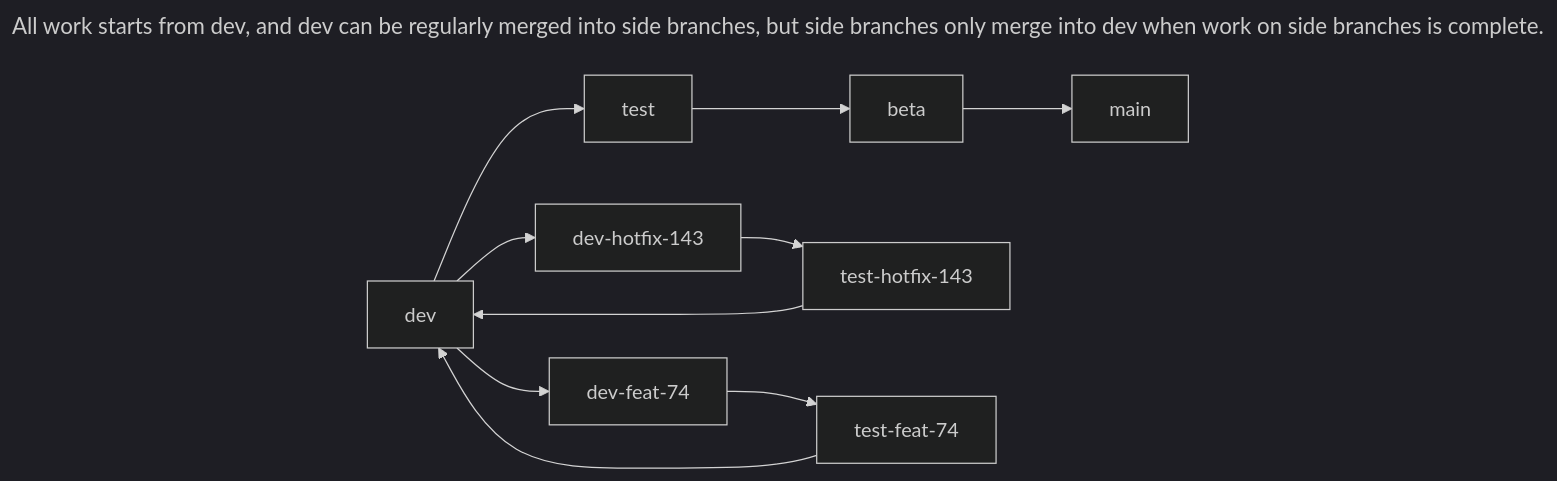
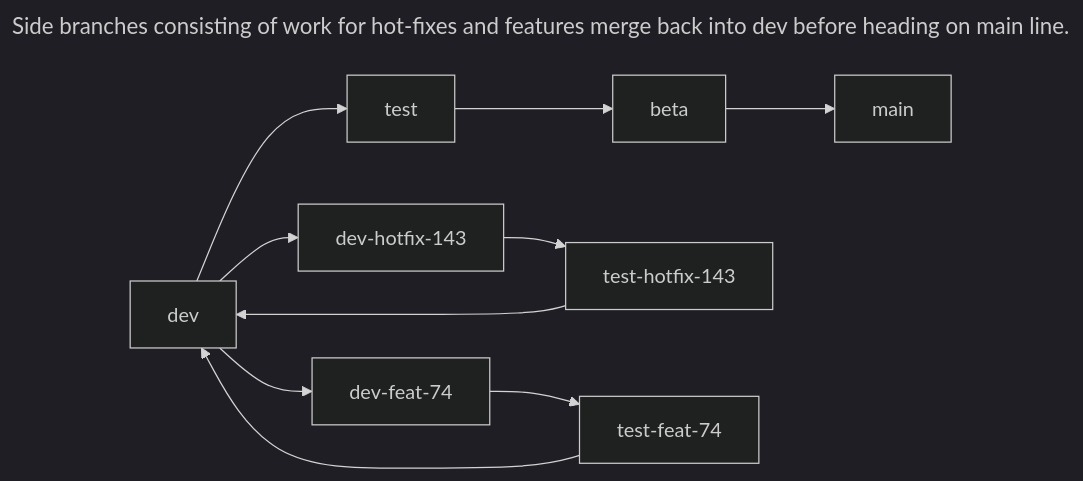
One commit to 63Klabs/atlantis-tutorials changed the third of 3 diagrams in tutorials/default-git-branch-workflow.md. Above: the diagram before and after it, drawn with Mermaid (dark theme). The commit also changed other lines of this file, not shown here.

````diff
--- a/tutorials/default-git-branch-workflow.md
+++ b/tutorials/default-git-branch-workflow.md
@@ -130,15 +136,15 @@
 ```mermaid
 ---
-title: All work starts from dev, and dev can be regularly merged into side branches, but side branches only merge into dev when work on side branches is complete.
+title: Side branches consisting of work for hot-fixes and features merge back into dev before heading on main line.
 ---
 flowchart LR
 	dev-->test
 	test-->beta
 	beta-->main
 	dev-->dev-hotfix-143
 	dev-->dev-feat-74
 	dev-hotfix-143-->test-hotfix-143
 	test-hotfix-143-->dev
 	dev-feat-74-->test-feat-74
 	test-feat-74-->dev
 ```
````
